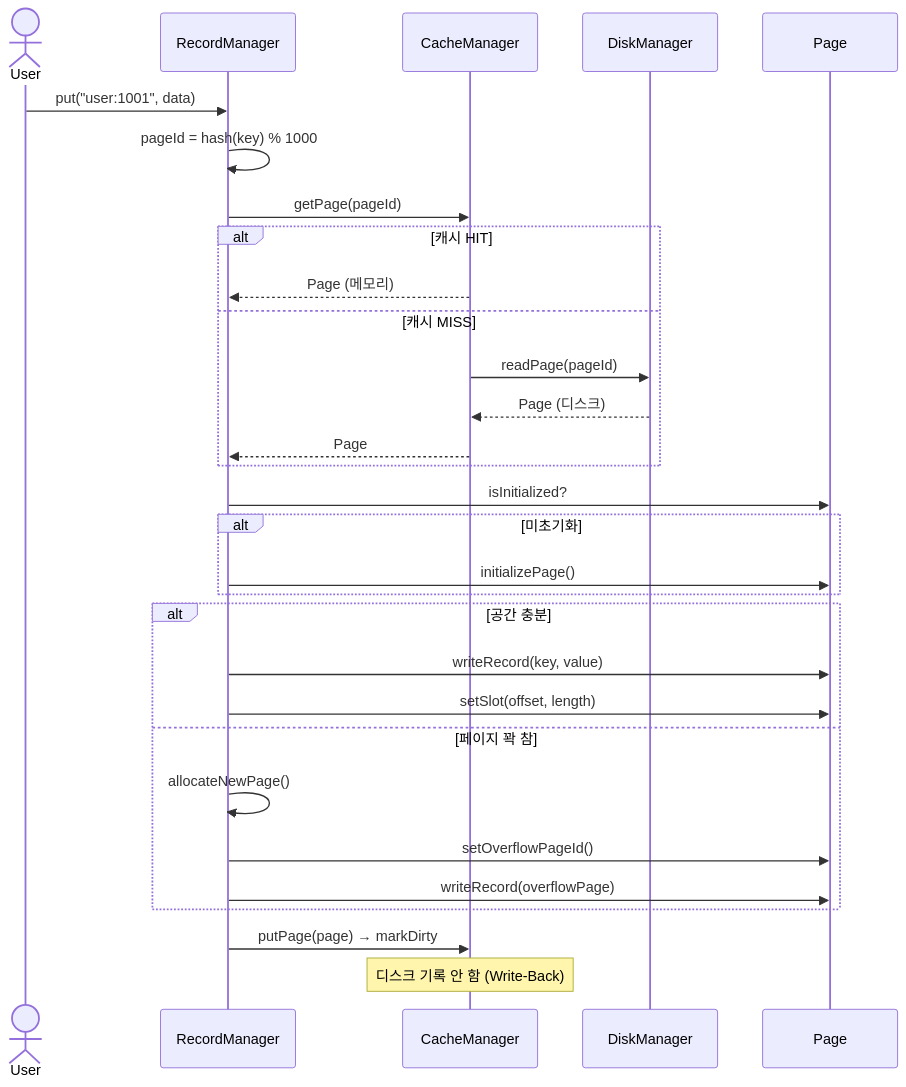
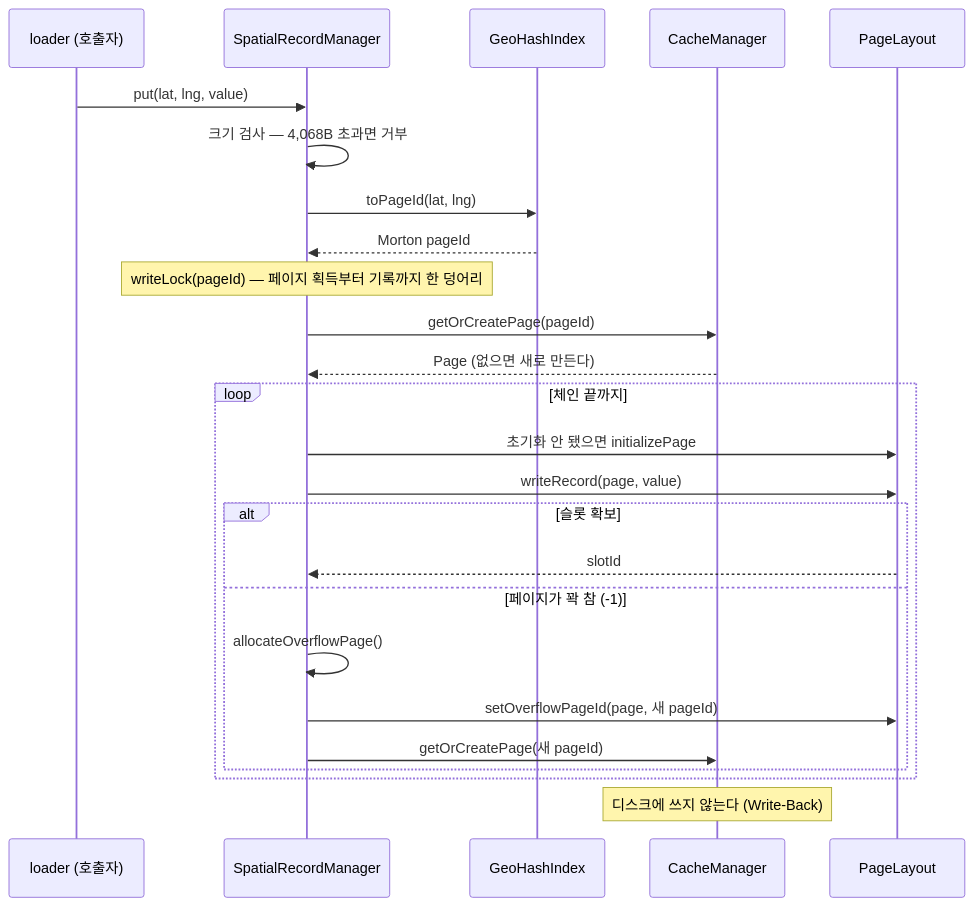
Before and after one commit to YOUHEETAE/java-disk-kv-engine: the third of 7 diagrams in docs/ARCHITECTURE.md, drawn with Mermaid. The commit also changed other lines of this file, not shown here.

First line of the commit message:
docs(architecture): redraw diagrams to match the current engine

````diff
--- a/docs/ARCHITECTURE.md
+++ b/docs/ARCHITECTURE.md
@@ -120,37 +139,32 @@
 ```mermaid
 sequenceDiagram
-    actor User
-    participant RM as RecordManager
+    participant L as loader (호출자)
+    participant SRM as SpatialRecordManager
+    participant IDX as GeoHashIndex
     participant CM as CacheManager
-    participant DM as DiskManager
-    participant PG as Page
+    participant PL as PageLayout
 
-    User->>RM: put("user:1001", data)
-    RM->>RM: pageId = hash(key) % 1000
-    RM->>CM: getPage(pageId)
+    L->>SRM: put(lat, lng, value)
+    SRM->>SRM: 크기 검사 — 4,068B 초과면 거부
+    SRM->>IDX: toPageId(lat, lng)
+    IDX-->>SRM: Morton pageId
 
-    alt 캐시 HIT
-        CM-->>RM: Page (메모리)
-    else 캐시 MISS
-        CM->>DM: readPage(pageId)
-        DM-->>CM: Page (디스크)
-        CM-->>RM: Page
+    Note over SRM: writeLock(pageId) — 페이지 획득부터 기록까지 한 덩어리
+
+    SRM->>CM: getOrCreatePage(pageId)
+    CM-->>SRM: Page (없으면 새로 만든다)
+
+    loop 체인 끝까지
+        SRM->>PL: 초기화 안 됐으면 initializePage
+        SRM->>PL: writeRecord(page, value)
+        alt 슬롯 확보
+            PL-->>SRM: slotId
+        else 페이지가 꽉 참 (-1)
+            SRM->>SRM: allocateOverflowPage()
+            SRM->>PL: setOverflowPageId(page, 새 pageId)
+            SRM->>CM: getOrCreatePage(새 pageId)
+        end
     end
 
-    RM->>PG: isInitialized?
-    alt 미초기화
-        RM->>PG: initializePage()
-    end
-
-    alt 공간 충분
-        RM->>PG: writeRecord(key, value)
-        RM->>PG: setSlot(offset, length)
-    else 페이지 꽉 참
-        RM->>RM: allocateNewPage()
-        RM->>PG: setOverflowPageId()
-        RM->>PG: writeRecord(overflowPage)
-    end
-
-    RM->>CM: putPage(page) → markDirty
-    Note over CM: 디스크 기록 안 함 (Write-Back)
+    Note over CM: 디스크에 쓰지 않는다 (Write-Back)
 ```
````
